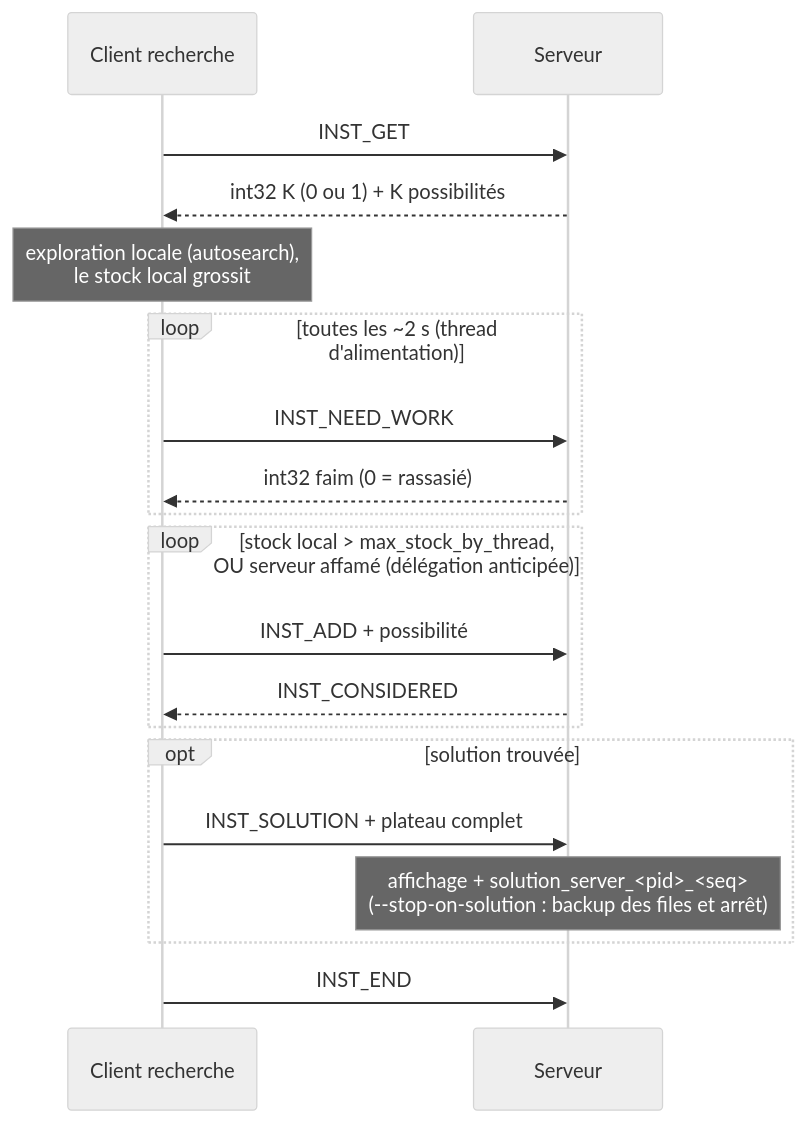
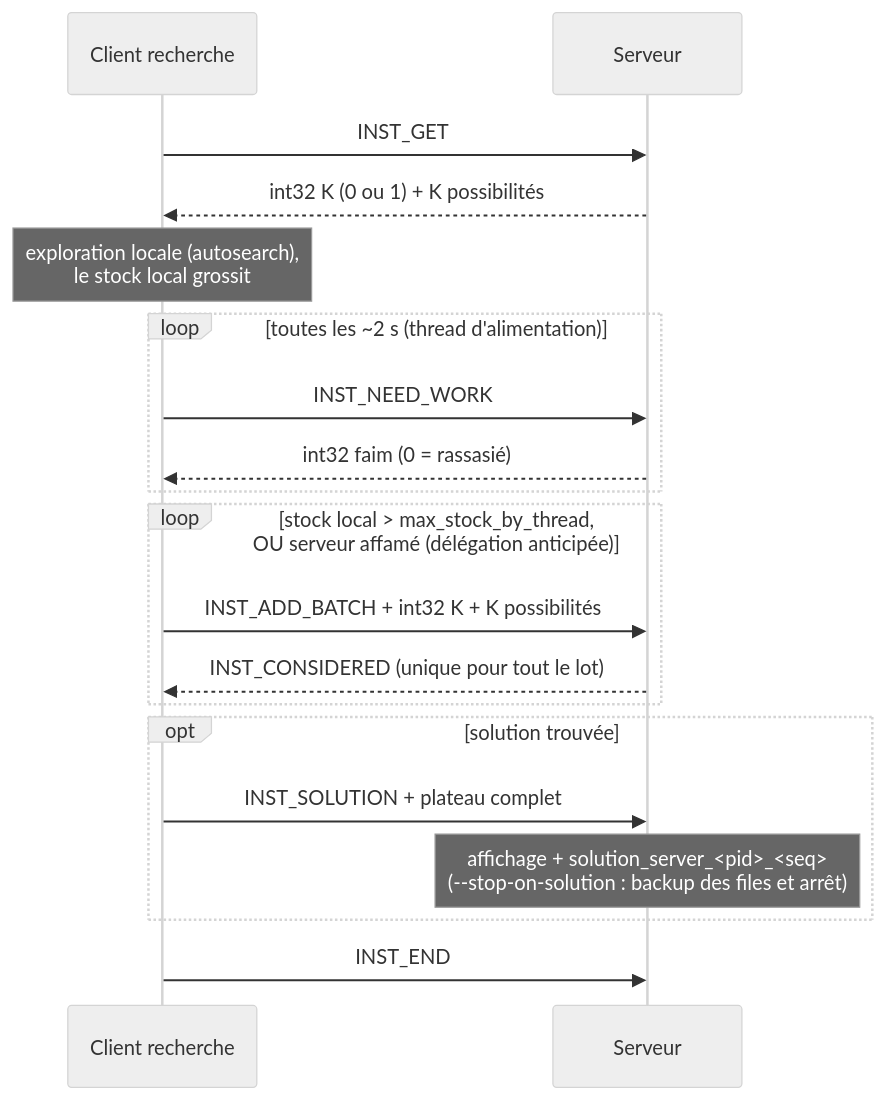
One commit to xaviergriffon/eternityII changed the third of 6 diagrams in docs/echanges_client_serveur.md. Above: the diagram before and after it, drawn with Mermaid (neutral theme). The commit also changed other lines of this file and 13 other files, not shown here.

Commit message:
Depot par lot (INST_ADD_BATCH, v14) : le pruner ne paie plus un aller-retour TCP par possibilite (#329)

````diff
--- a/docs/echanges_client_serveur.md
+++ b/docs/echanges_client_serveur.md
@@ -122,21 +126,21 @@
 ```mermaid
 sequenceDiagram
     participant C as Client recherche
     participant S as Serveur
     C->>S: INST_GET
     S-->>C: int32 K (0 ou 1) + K possibilités
     Note over C: exploration locale (autosearch),<br/>le stock local grossit
     loop toutes les ~2 s (thread d'alimentation)
         C->>S: INST_NEED_WORK
         S-->>C: int32 faim (0 = rassasié)
     end
     loop stock local > max_stock_by_thread,<br/>OU serveur affamé (délégation anticipée)
-        C->>S: INST_ADD + possibilité
-        S-->>C: INST_CONSIDERED
+        C->>S: INST_ADD_BATCH + int32 K + K possibilités
+        S-->>C: INST_CONSIDERED (unique pour tout le lot)
     end
     opt solution trouvée
         C->>S: INST_SOLUTION + plateau complet
         Note over S: affichage + solution_server_<pid>_<seq><br/>(--stop-on-solution : backup des files et arrêt)
     end
     C->>S: INST_END
 ```
````
